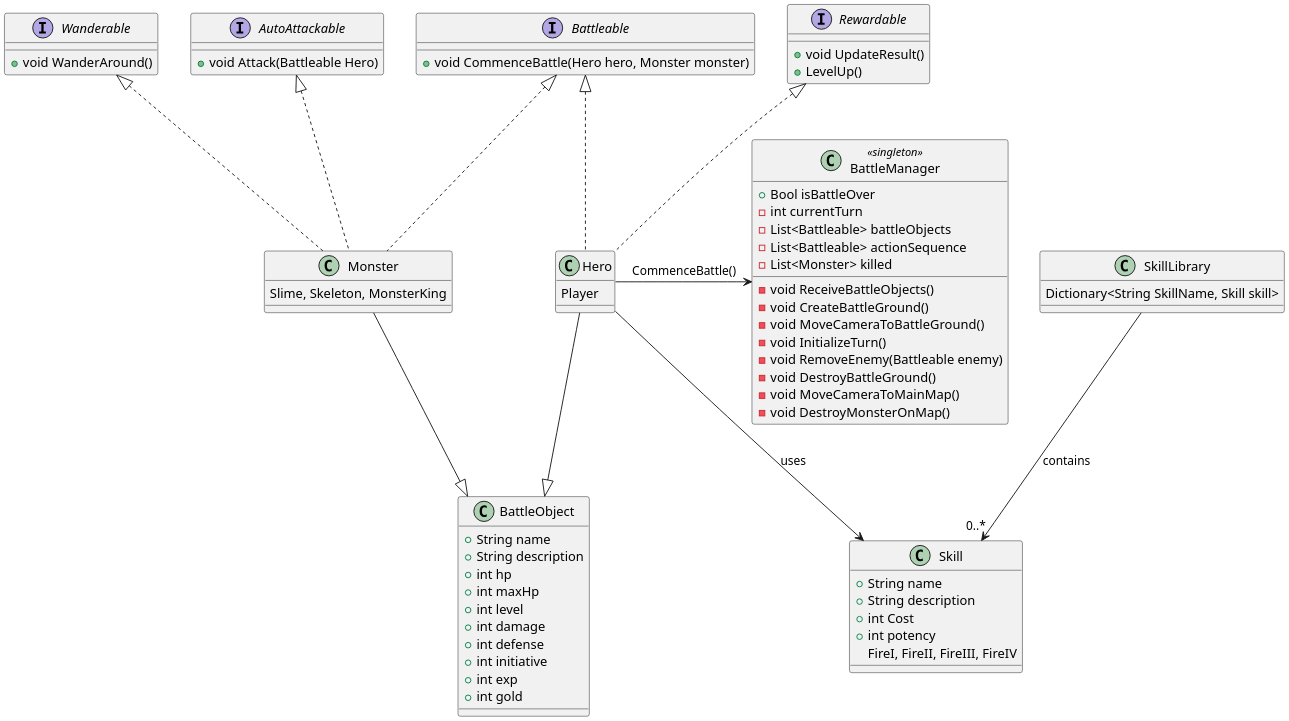
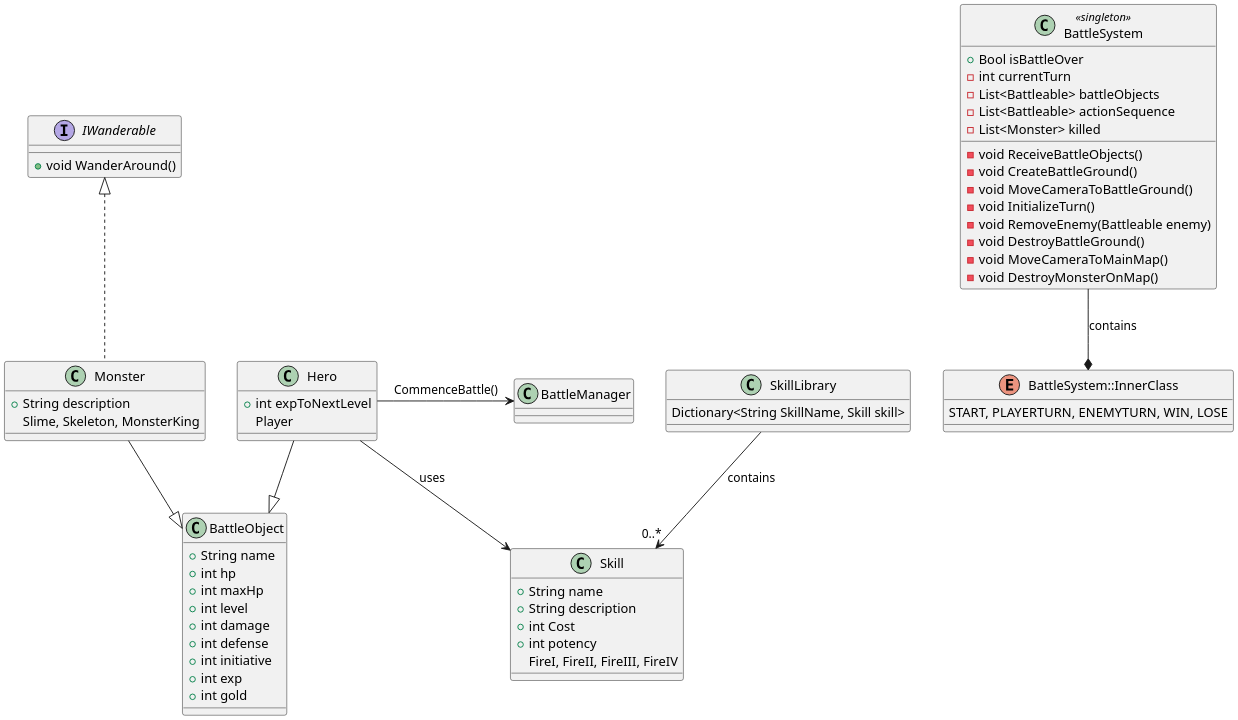
The diagram in Assets/Documents/battle design.wsd (COMP3540-COMP6540-GameDevelopment/GroupProject), drawn with PlantUML before and after one commit. The commit also changed 26 other files, not shown here.

```diff
--- a/Assets/Documents/battle design.wsd
+++ b/Assets/Documents/battle design.wsd
@@ -1,137 +1,125 @@
 @startuml battle design
 scale 2
 
 class BattleObject {
     +String name
-    +String description
     +int hp
     +int maxHp
     +int level
     +int damage
     +int defense
     +int initiative
     +int exp
     +int gold
 
 }
 
 class Monster {
-
+    +String description 
 }
 
 Monster : Slime, Skeleton, MonsterKing
 
 class Hero {
-
+    +int expToNextLevel
 }
 
 Hero : Player
 
-interface Wanderable {
+interface IWanderable {
     +void WanderAround()
 }
 
-interface AutoAttackable {
-    +void Attack(Battleable Hero)
+enum BattleSystem::InnerClass {
+    START, PLAYERTURN, ENEMYTURN, WIN, LOSE
 }
 
-interface Battleable {
-    +void CommenceBattle(Hero hero, Monster monster)
-}
+BattleSystem --* BattleSystem::InnerClass : contains
 
-interface Rewardable {
-    +void UpdateResult()
-    +LevelUp()
-}
-
-class BattleManager <<singleton>> {
+class BattleSystem <<singleton>> {
     +Bool isBattleOver
     -int currentTurn
     -List<Battleable> battleObjects
     -List<Battleable> actionSequence
     -List<Monster> killed
 
     -void ReceiveBattleObjects()
     -void CreateBattleGround()
     -void MoveCameraToBattleGround()
     -void InitializeTurn()
     -void RemoveEnemy(Battleable enemy)
     -void DestroyBattleGround()
     -void MoveCameraToMainMap()
     -void DestroyMonsterOnMap()
     
 }
 
 Hero -> BattleManager : CommenceBattle()
 
 ' note bottom of BattleManager
 '     RemoveEnemy(): removes the given enemy in battleObjects.
     
 '     CommenceBattle() Calls multiple private methods in the given order:
 '     - ReceiveBattleObjects(): adds hero and monster to BattleObjects, set IsBattleOver to False
 '     - CreateBattleGround(): creates the battleground
 '     - MoveCameraToBattleGround(): moves the camera to the battleground.
 '     - InitializeTurn(): sort battleObjects in respect to initiative in descend order.
     
 '     currentTurn = 1
 '     while(true) {
 '         // everybody acts sequencially
 '         for (Battleable currentInAction: actionSequence) {
 '             if(currentInAction instanceof Monster) {
 '                 // monster auto attacks on Hero
 '                 Attack(Battleable Hero)
 '                 // check if hero still alive
 '                 if (Hero is dead)  gameOver()
 '             } else {
 '                 // determine behavior based on player input
 '                 PlayerAction()
 '                 if (one enemy is killed) {
 '                     // enemy killed, remove that emeny in the sequence
 '                     RemoveBattleable(Battleable enemy)
 '                     killed.append(enemy)
 '                     // since modification on loop condition, terminate loop
 '                     break
 '                 }
 '             }
 '         }
 '         if (battleObjects is not empty) {
 '             // enemies remain, begin another loop
 '             InitializeNextTurn()
 '             currentTurn++;
 '         } else {
 '             // no enemies, battle ends
 '             break;
 '         }
 '     }
 '     isBattleOver = True
 '     // update hero status
 '     Hero.UpdateResult(List<Monster> killed)
 '     DestroyBattleGround()
 '     MoveCameraToMainMap()
 '     DestroyMonsterOnMap()
 
 ' end note
 
 class SkillLibrary {
     Dictionary<String SkillName, Skill skill>
 }
 
 class Skill {
     +String name
     +String description
     +int Cost
     +int potency
 }
 
 Skill : FireI, FireII, FireIII, FireIV
 
 SkillLibrary --> "0..*" Skill : contains
-Wanderable <|.. Monster
-AutoAttackable <|.. Monster
-Battleable <|.. Monster  
-Battleable <|.. Hero
-Rewardable <|.. Hero
+IWanderable <|.. Monster
 Hero --> Skill : uses
 Monster --|> BattleObject
 Hero --|> BattleObject
 @enduml
```
